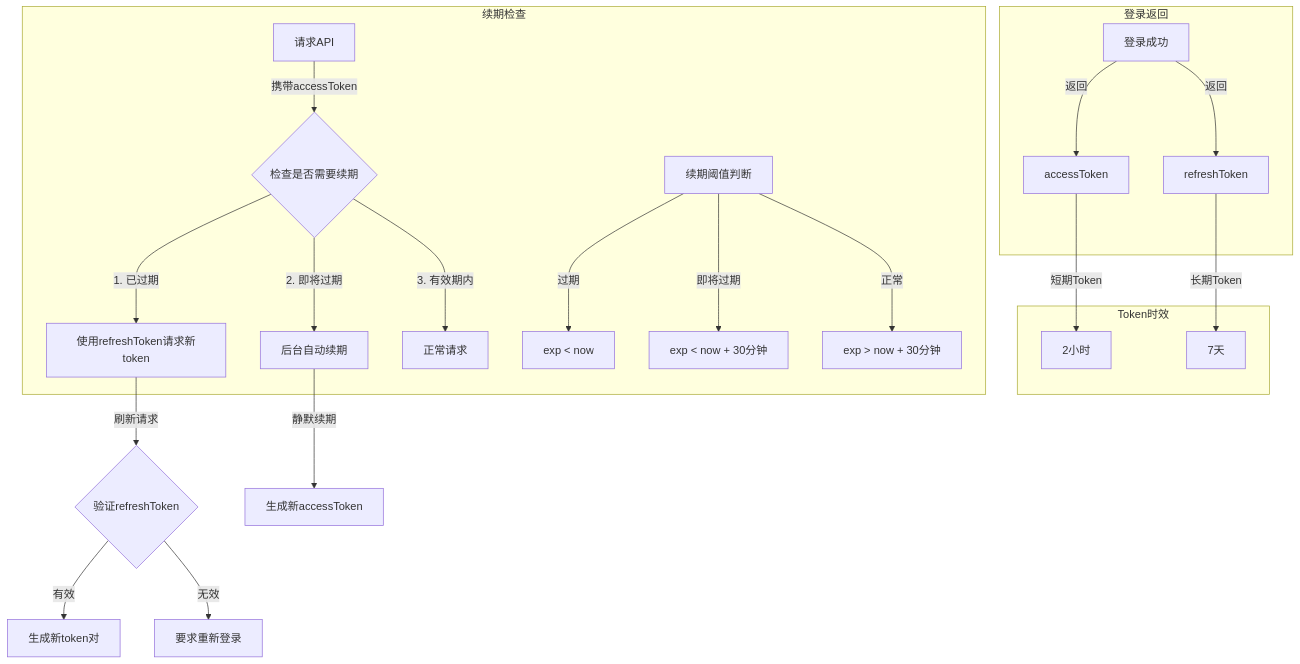
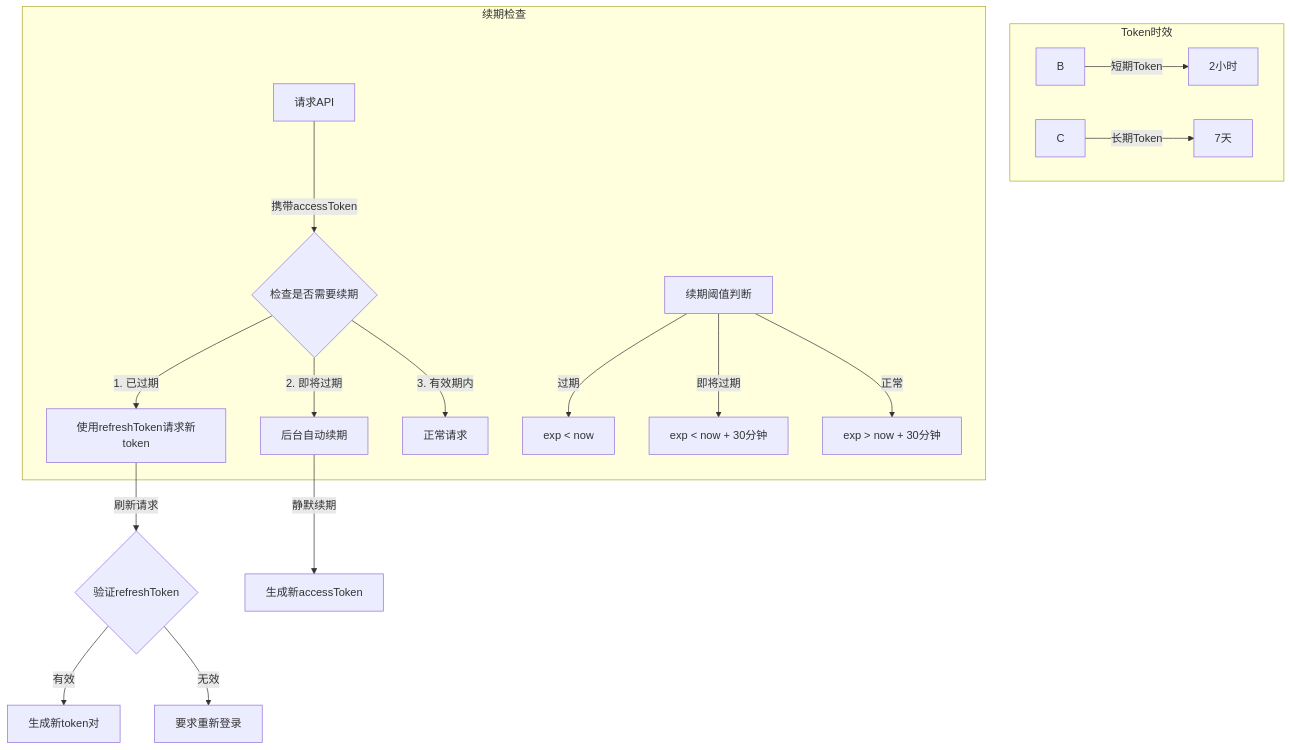
Before and after one commit to yingjianzh/iodraw-files: the diagram in all/未命名-10.md, drawn with Mermaid.

Commit message:
2025-01-02 15:50:17 update

````diff
--- a/all/未命名-10.md
+++ b/all/未命名-10.md
@@ -1,32 +1,29 @@
 ```mermaid
 flowchart TD
-    subgraph 登录返回
-        A[登录成功] -->|返回| B[accessToken]
-        A -->|返回| C[refreshToken]
-    end
+    
 
     subgraph Token时效
         B -->|短期Token| D[2小时]
         C -->|长期Token| E[7天]
     end
 
     subgraph 续期检查
         F[请求API] -->|携带accessToken| G{检查是否需要续期}
         G -->|1. 已过期| H[使用refreshToken请求新token]
         G -->|2. 即将过期| I[后台自动续期]
         G -->|3. 有效期内| J[正常请求]
         
         %% 续期阈值判断
         K[续期阈值判断]
         K -->|过期| L[exp < now]
         K -->|即将过期| M[exp < now + 30分钟]
         K -->|正常| N[exp > now + 30分钟]
     end
 
     %% 续期流程
     H -->|刷新请求| O{验证refreshToken}
     O -->|有效| P[生成新token对]
     O -->|无效| Q[要求重新登录]
     
     I -->|静默续期| R[生成新accessToken]
 ```
````
